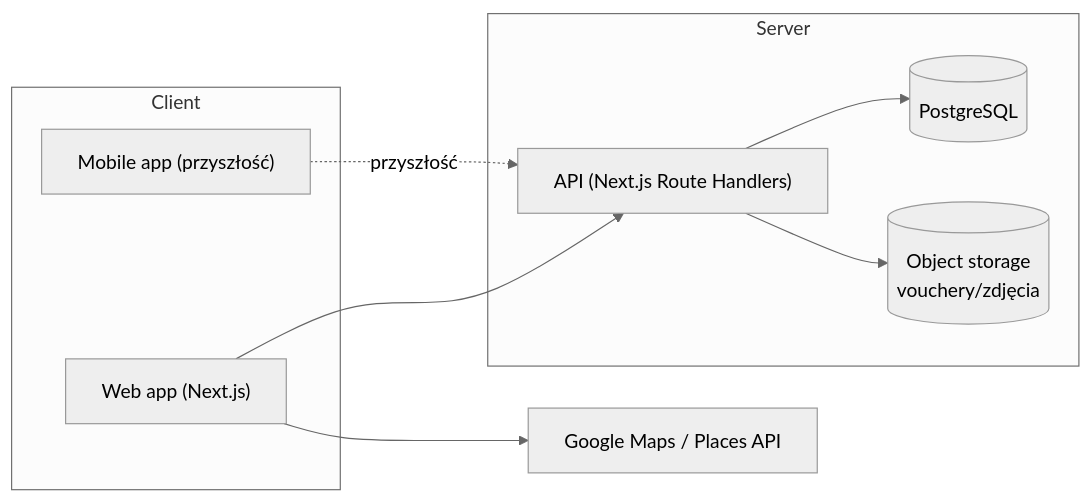
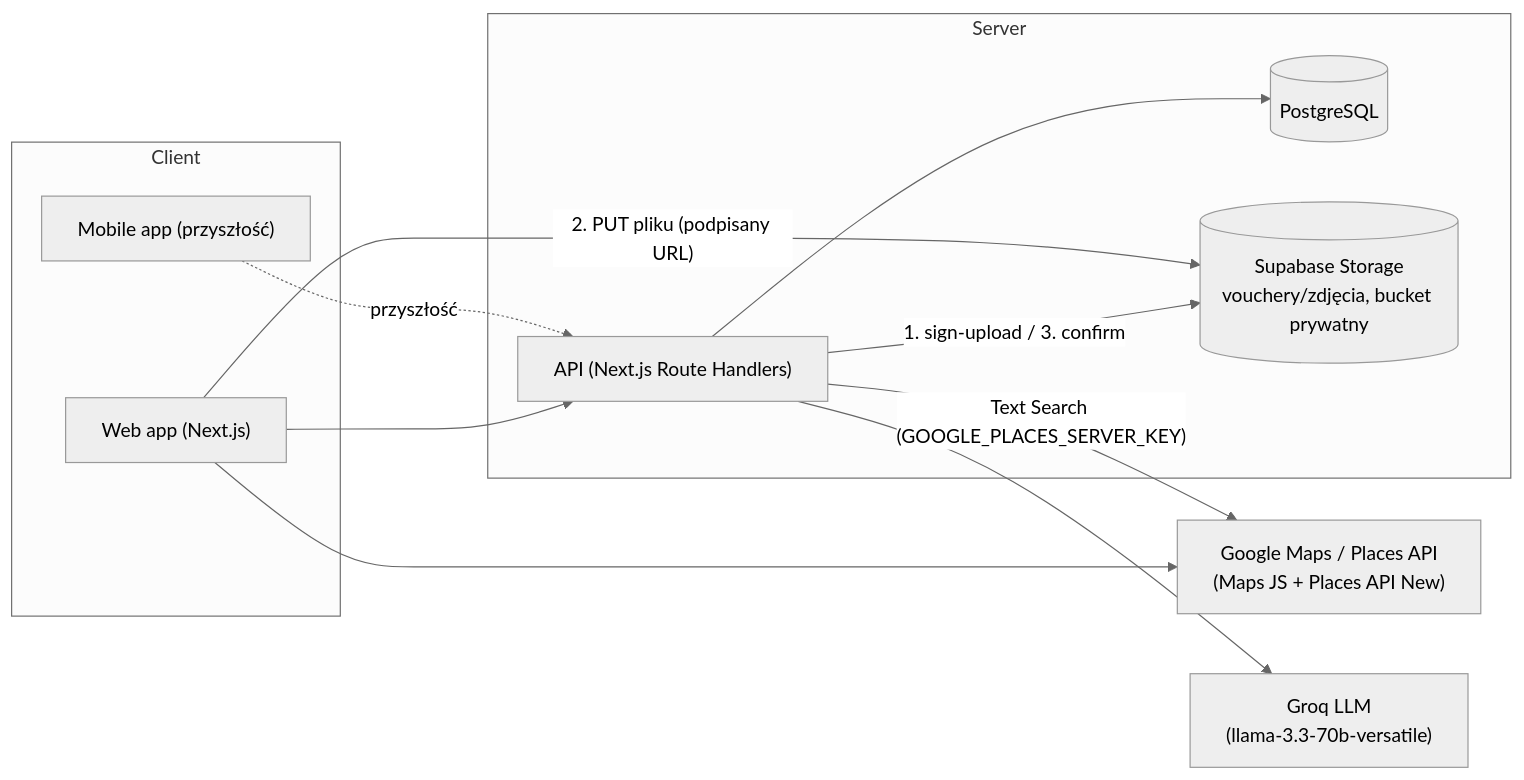
Before and after one commit to joanna1312-ai/KARNET.asist.v3: the diagram in v3_paczka_dok/v2/docs/ARCHITECTURE.md, drawn with Mermaid (neutral theme). The commit also changed other lines of this file and 6 other files, not shown here.

````diff
--- a/v3_paczka_dok/v2/docs/ARCHITECTURE.md
+++ b/v3_paczka_dok/v2/docs/ARCHITECTURE.md
@@ -12,19 +13,23 @@
 ```mermaid
 flowchart LR
   subgraph Client
     Web["Web app (Next.js)"]
     Mobile["Mobile app (przyszłość)"]
   end
   subgraph Server
     API["API (Next.js Route Handlers)"]
     DB[(PostgreSQL)]
-    Storage[(Object storage\nvouchery/zdjęcia)]
+    Storage[(Supabase Storage\nvouchery/zdjęcia, bucket prywatny)]
   end
-  GMaps["Google Maps / Places API"]
+  GMaps["Google Maps / Places API\n(Maps JS + Places API New)"]
+  Groq["Groq LLM\n(llama-3.3-70b-versatile)"]
 
   Web --> API
   Mobile -. przyszłość .-> API
   API --> DB
-  API --> Storage
+  API -- "1. sign-upload / 3. confirm" --> Storage
+  Web -- "2. PUT pliku (podpisany URL)" --> Storage
   Web --> GMaps
+  API -- "Text Search (GOOGLE_PLACES_SERVER_KEY)" --> GMaps
+  API --> Groq
 ```
````
